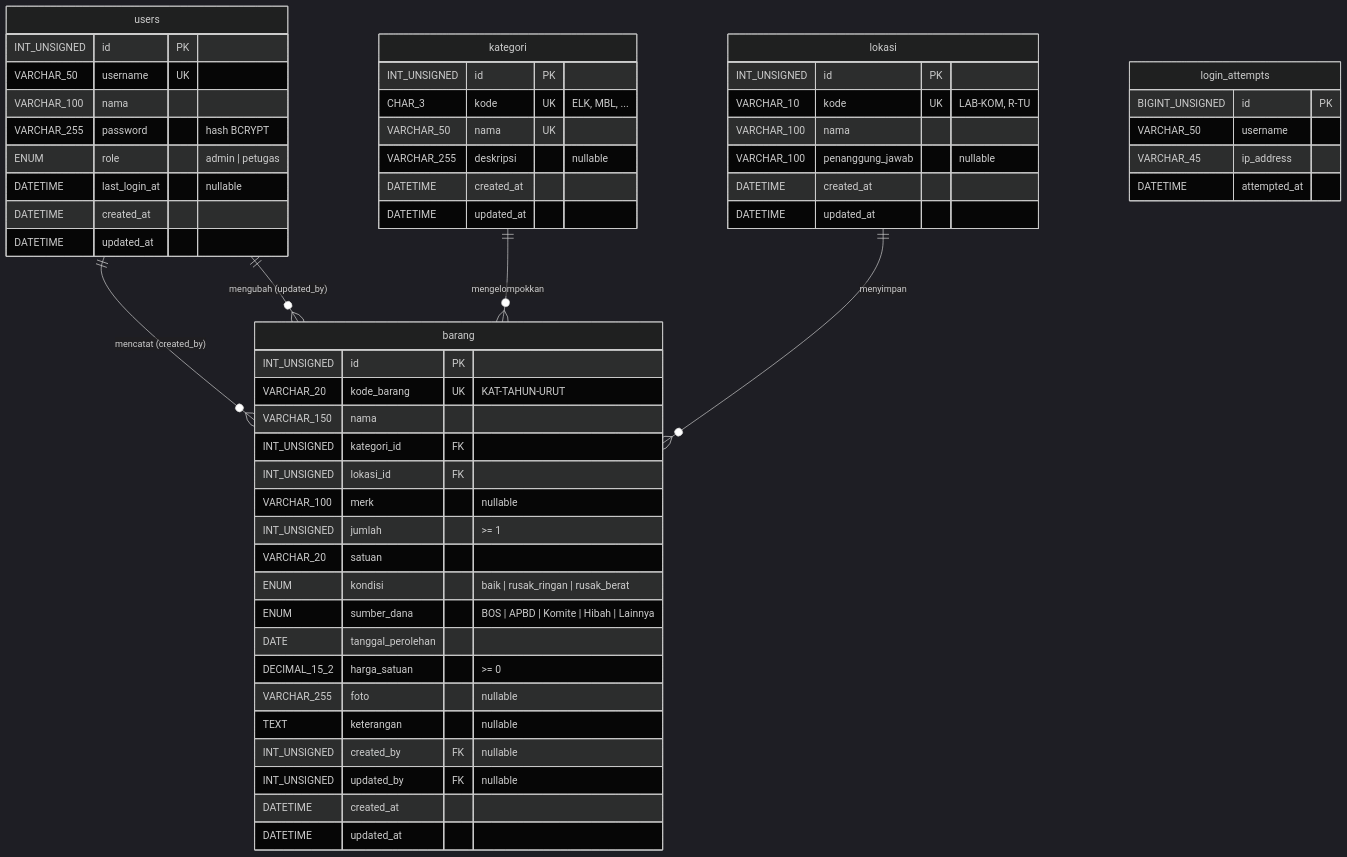
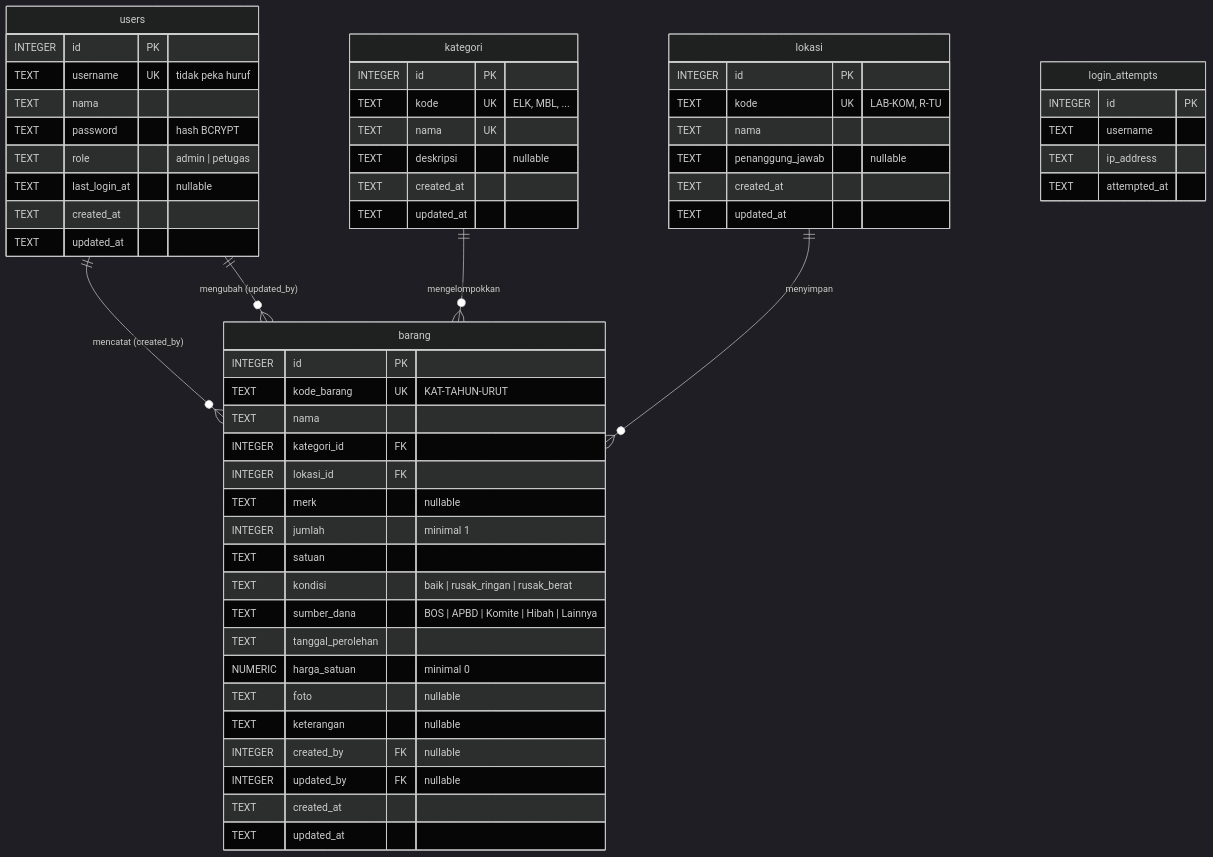
Before and after one commit to Pudidil-dev/sistem_inventaris: the diagram in docs/04-DATABASE.md, drawn with Mermaid (dark theme). The commit also changed other lines of this file and 14 other files, not shown here.

````diff
--- a/docs/04-DATABASE.md
+++ b/docs/04-DATABASE.md
@@ -19,60 +21,60 @@
 ```mermaid
 erDiagram
     users ||--o{ barang : "mencatat (created_by)"
     users ||--o{ barang : "mengubah (updated_by)"
     kategori ||--o{ barang : "mengelompokkan"
     lokasi ||--o{ barang : "menyimpan"
 
     users {
-        INT_UNSIGNED id PK
-        VARCHAR_50 username UK
-        VARCHAR_100 nama
-        VARCHAR_255 password "hash BCRYPT"
-        ENUM role "admin | petugas"
-        DATETIME last_login_at "nullable"
-        DATETIME created_at
-        DATETIME updated_at
+        INTEGER id PK
+        TEXT username UK "tidak peka huruf"
+        TEXT nama
+        TEXT password "hash BCRYPT"
+        TEXT role "admin | petugas"
+        TEXT last_login_at "nullable"
+        TEXT created_at
+        TEXT updated_at
     }
     kategori {
-        INT_UNSIGNED id PK
-        CHAR_3 kode UK "ELK, MBL, ..."
-        VARCHAR_50 nama UK
-        VARCHAR_255 deskripsi "nullable"
-        DATETIME created_at
-        DATETIME updated_at
+        INTEGER id PK
+        TEXT kode UK "ELK, MBL, ..."
+        TEXT nama UK
+        TEXT deskripsi "nullable"
+        TEXT created_at
+        TEXT updated_at
     }
     lokasi {
-        INT_UNSIGNED id PK
-        VARCHAR_10 kode UK "LAB-KOM, R-TU"
-        VARCHAR_100 nama
-        VARCHAR_100 penanggung_jawab "nullable"
-        DATETIME created_at
-        DATETIME updated_at
+        INTEGER id PK
+        TEXT kode UK "LAB-KOM, R-TU"
+        TEXT nama
+        TEXT penanggung_jawab "nullable"
+        TEXT created_at
+        TEXT updated_at
     }
     barang {
-        INT_UNSIGNED id PK
-        VARCHAR_20 kode_barang UK "KAT-TAHUN-URUT"
-        VARCHAR_150 nama
-        INT_UNSIGNED kategori_id FK
-        INT_UNSIGNED lokasi_id FK
-        VARCHAR_100 merk "nullable"
-        INT_UNSIGNED jumlah ">= 1"
-        VARCHAR_20 satuan
-        ENUM kondisi "baik | rusak_ringan | rusak_berat"
-        ENUM sumber_dana "BOS | APBD | Komite | Hibah | Lainnya"
-        DATE tanggal_perolehan
-        DECIMAL_15_2 harga_satuan ">= 0"
-        VARCHAR_255 foto "nullable"
+        INTEGER id PK
+        TEXT kode_barang UK "KAT-TAHUN-URUT"
+        TEXT nama
+        INTEGER kategori_id FK
+        INTEGER lokasi_id FK
+        TEXT merk "nullable"
+        INTEGER jumlah "minimal 1"
+        TEXT satuan
+        TEXT kondisi "baik | rusak_ringan | rusak_berat"
+        TEXT sumber_dana "BOS | APBD | Komite | Hibah | Lainnya"
+        TEXT tanggal_perolehan
+        NUMERIC harga_satuan "minimal 0"
+        TEXT foto "nullable"
         TEXT keterangan "nullable"
-        INT_UNSIGNED created_by FK "nullable"
-        INT_UNSIGNED updated_by FK "nullable"
-        DATETIME created_at
-        DATETIME updated_at
+        INTEGER created_by FK "nullable"
+        INTEGER updated_by FK "nullable"
+        TEXT created_at
+        TEXT updated_at
     }
     login_attempts {
-        BIGINT_UNSIGNED id PK
-        VARCHAR_50 username
-        VARCHAR_45 ip_address
-        DATETIME attempted_at
+        INTEGER id PK
+        TEXT username
+        TEXT ip_address
+        TEXT attempted_at
     }
 ```
````
